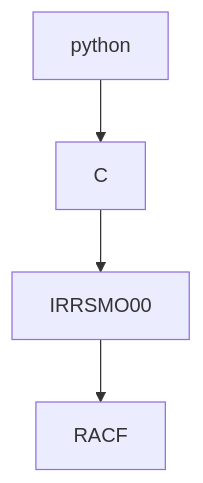
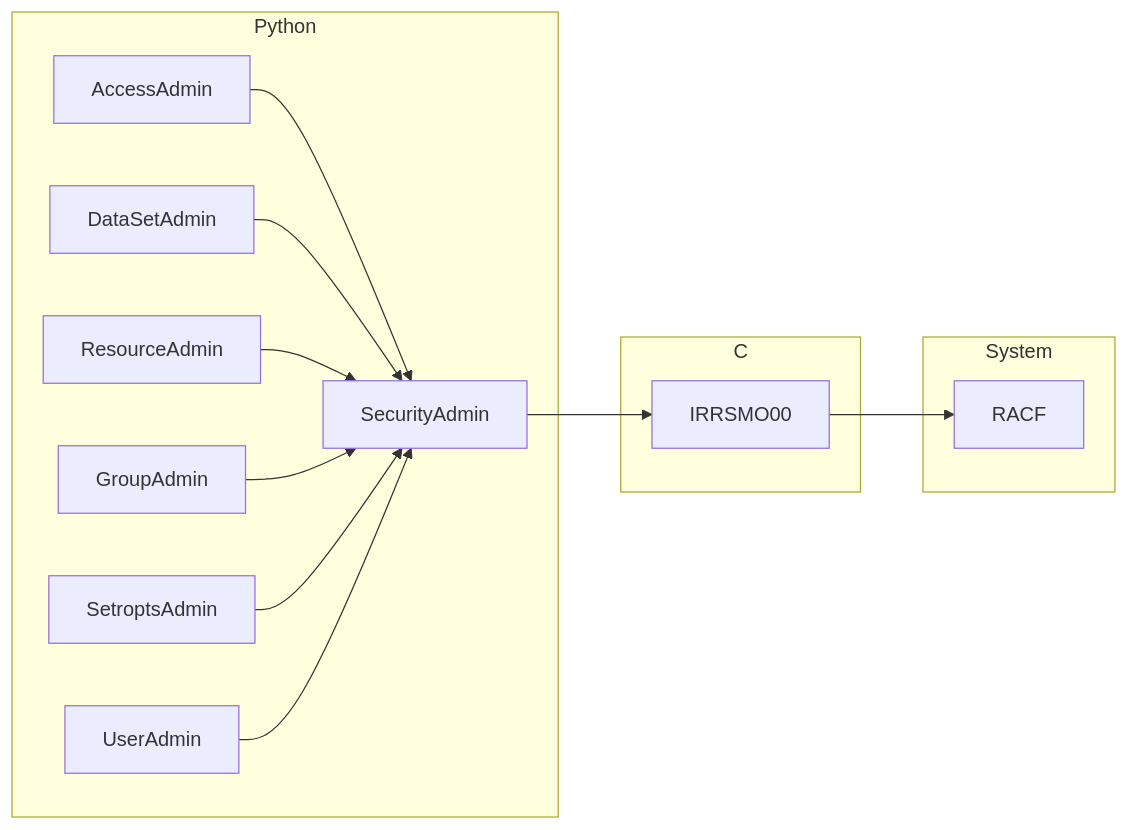
Before and after one commit to ambitus/pyracf: the diagram in index.md, drawn with Mermaid. The commit also changed other lines of this file and 5 other files, not shown here.

Commit message:
fix mermaid diagram and cleanup.

````diff
--- a/index.md
+++ b/index.md
@@ -41,6 +43,17 @@
-```mermaid
-graph TD;
-    python-->C;
-    C-->IRRSMO00;
-    IRRSMO00-->RACF;
-```
+<pre class="mermaid">
+  graph LR
+    subgraph Python
+    AccessAdmin --> SecurityAdmin
+    DataSetAdmin --> SecurityAdmin
+    ResourceAdmin --> SecurityAdmin
+    GroupAdmin --> SecurityAdmin
+    SetroptsAdmin --> SecurityAdmin
+    UserAdmin --> SecurityAdmin
+    end
+    subgraph C
+    SecurityAdmin --> IRRSMO00
+    end
+    subgraph System
+    IRRSMO00 --> RACF
+    end
+</pre>
````
